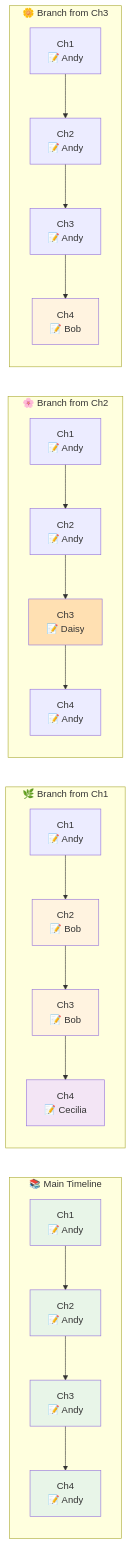
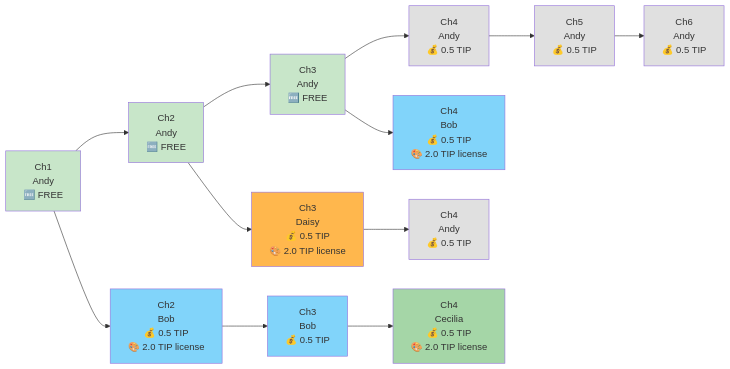
Before and after one commit to AndyBoWu/storyhouse-vip: the first of 5 diagrams in docs/product/COLLABORATIVE_STORYTELLING.md, drawn with Mermaid.

Commit message:
🎨 Update story paths diagram to match visual story map reference
- Redesign to horizontal flow similar to provided screenshot
- Show main timeline with FREE chapters (Ch1-3) and PAID chapters (Ch4+)
- Add branching paths from different chapter points
- Include pricing information (0.5 TIP reading, 2.0 TIP remix license)
- Use color coding: green for FREE, gray for Andy's paid, blue for Bob, orange for Daisy, light green for Cecilia
- Match the visual structure of the reference story map UI

````diff
--- a/docs/product/COLLABORATIVE_STORYTELLING.md
+++ b/docs/product/COLLABORATIVE_STORYTELLING.md
@@ -46,36 +46,37 @@
 ```mermaid
 flowchart LR
-    subgraph "📚 Main Timeline"
-        A1["Ch1<br/>📝 Andy"] --> A2["Ch2<br/>📝 Andy"] 
-        A2 --> A3["Ch3<br/>📝 Andy"]
-        A3 --> A4["Ch4<br/>📝 Andy"]
-    end
+    %% Main timeline - FREE chapters
+    Ch1["Ch1<br/>Andy<br/>🆓 FREE"] --> Ch2["Ch2<br/>Andy<br/>🆓 FREE"]
+    Ch2 --> Ch3["Ch3<br/>Andy<br/>🆓 FREE"]
     
-    subgraph "🌿 Branch from Ch1"
-        B1["Ch1<br/>📝 Andy"] --> B2["Ch2<br/>📝 Bob"]
-        B2 --> B3["Ch3<br/>📝 Bob"] 
-        B3 --> B4["Ch4<br/>📝 Cecilia"]
-    end
+    %% Main timeline continuation - PAID chapters
+    Ch3 --> Ch4A["Ch4<br/>Andy<br/>💰 0.5 TIP"]
+    Ch4A --> Ch5A["Ch5<br/>Andy<br/>💰 0.5 TIP"]
+    Ch5A --> Ch6A["Ch6<br/>Andy<br/>💰 0.5 TIP"]
     
-    subgraph "🌸 Branch from Ch2"
-        C1["Ch1<br/>📝 Andy"] --> C2["Ch2<br/>📝 Andy"]
-        C2 --> C3["Ch3<br/>📝 Daisy"]
-        C3 --> C4["Ch4<br/>📝 Andy"]
-    end
+    %% Branch from Ch1 - Bob's timeline
+    Ch1 --> Ch2B["Ch2<br/>Bob<br/>💰 0.5 TIP<br/>🎨 2.0 TIP license"]
+    Ch2B --> Ch3B["Ch3<br/>Bob<br/>💰 0.5 TIP"]
+    Ch3B --> Ch4B["Ch4<br/>Cecilia<br/>💰 0.5 TIP<br/>🎨 2.0 TIP license"]
     
-    subgraph "🌼 Branch from Ch3"
-        D1["Ch1<br/>📝 Andy"] --> D2["Ch2<br/>📝 Andy"]
-        D2 --> D3["Ch3<br/>📝 Andy"] 
-        D3 --> D4["Ch4<br/>📝 Bob"]
-    end
+    %% Branch from Ch2 - Daisy's timeline  
+    Ch2 --> Ch3D["Ch3<br/>Daisy<br/>💰 0.5 TIP<br/>🎨 2.0 TIP license"]
+    Ch3D --> Ch4D["Ch4<br/>Andy<br/>💰 0.5 TIP"]
     
-    style A1 fill:#e8f5e8
-    style A2 fill:#e8f5e8
-    style A3 fill:#e8f5e8
-    style A4 fill:#e8f5e8
-    style B2 fill:#fff3e0
-    style B3 fill:#fff3e0
-    style B4 fill:#f3e5f5
-    style C3 fill:#ffe0b2
-    style D4 fill:#fff3e0
+    %% Branch from Ch3 - Bob's alternate
+    Ch3 --> Ch4C["Ch4<br/>Bob<br/>💰 0.5 TIP<br/>🎨 2.0 TIP license"]
+    
+    %% Styling to match the visual reference
+    style Ch1 fill:#c8e6c9
+    style Ch2 fill:#c8e6c9  
+    style Ch3 fill:#c8e6c9
+    style Ch4A fill:#e0e0e0
+    style Ch5A fill:#e0e0e0
+    style Ch6A fill:#e0e0e0
+    style Ch2B fill:#81d4fa
+    style Ch3B fill:#81d4fa
+    style Ch4B fill:#a5d6a7
+    style Ch3D fill:#ffb74d
+    style Ch4D fill:#e0e0e0
+    style Ch4C fill:#81d4fa
 ```
````
